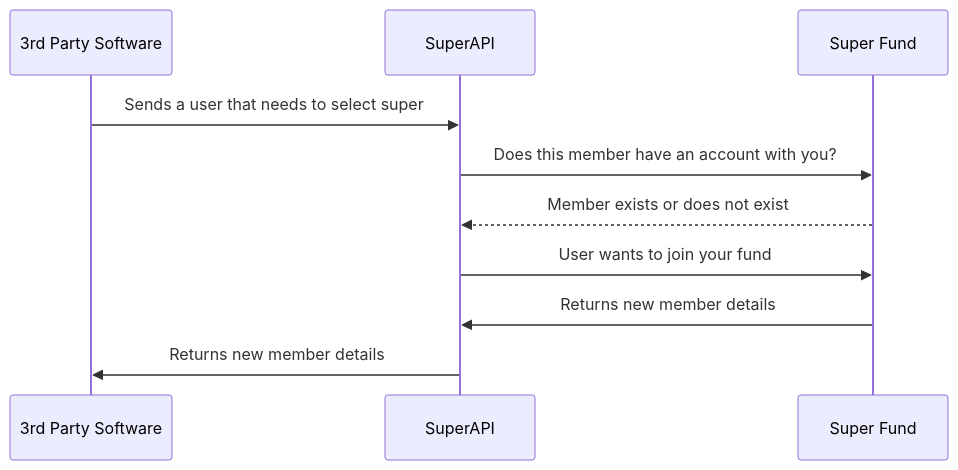
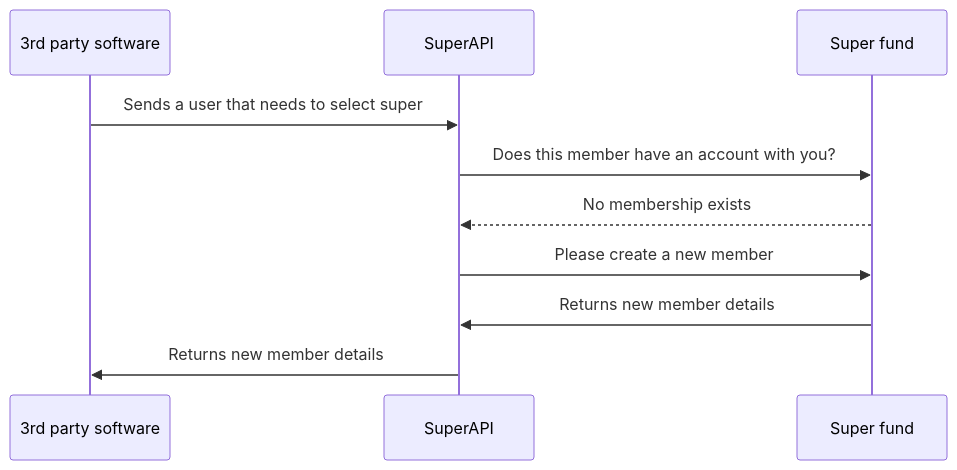
One commit to supersimplesuper/docs changed the second of 2 diagrams in website/docs/funds/implementation_overview/index.md. Above: the diagram before and after it, drawn with Mermaid. The commit also changed other lines of this file and 2 other files, not shown here.

````diff
--- a/website/docs/funds/implementation_overview/index.md
+++ b/website/docs/funds/implementation_overview/index.md
@@ -33,13 +68,13 @@
 ```mermaid
 sequenceDiagram
-    participant P as 3rd Party Software
+    participant P as 3rd party software
     participant S as SuperAPI
-    participant F as Super Fund
+    participant F as Super fund
 
     P->>S: Sends a user that needs to select super
     S->>F: Does this member have an account with you?
-    F-->>S: Member exists or does not exist
-    S->>F: User wants to join your fund
+    F-->>S: No membership exists
+    S->>F: Please create a new member
     F->>S: Returns new member details
     S->>P: Returns new member details
 ```
````
